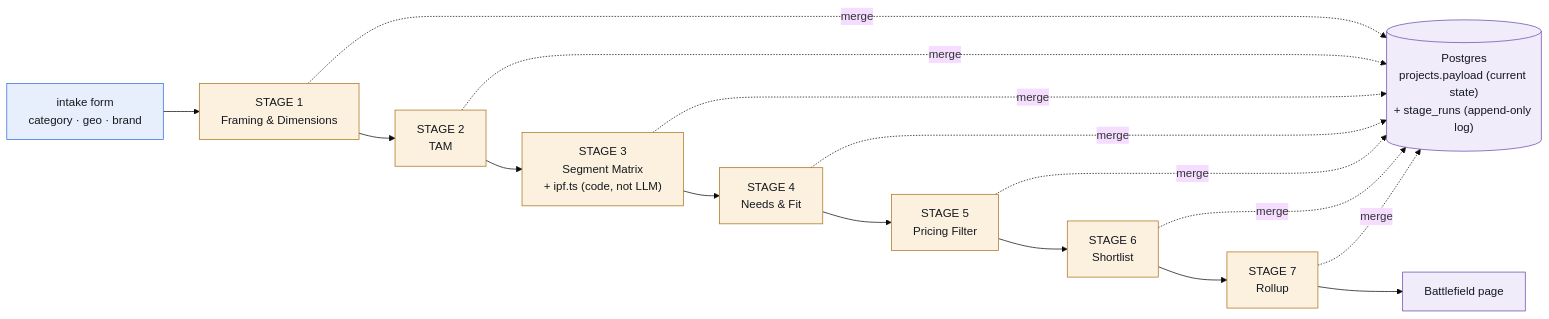
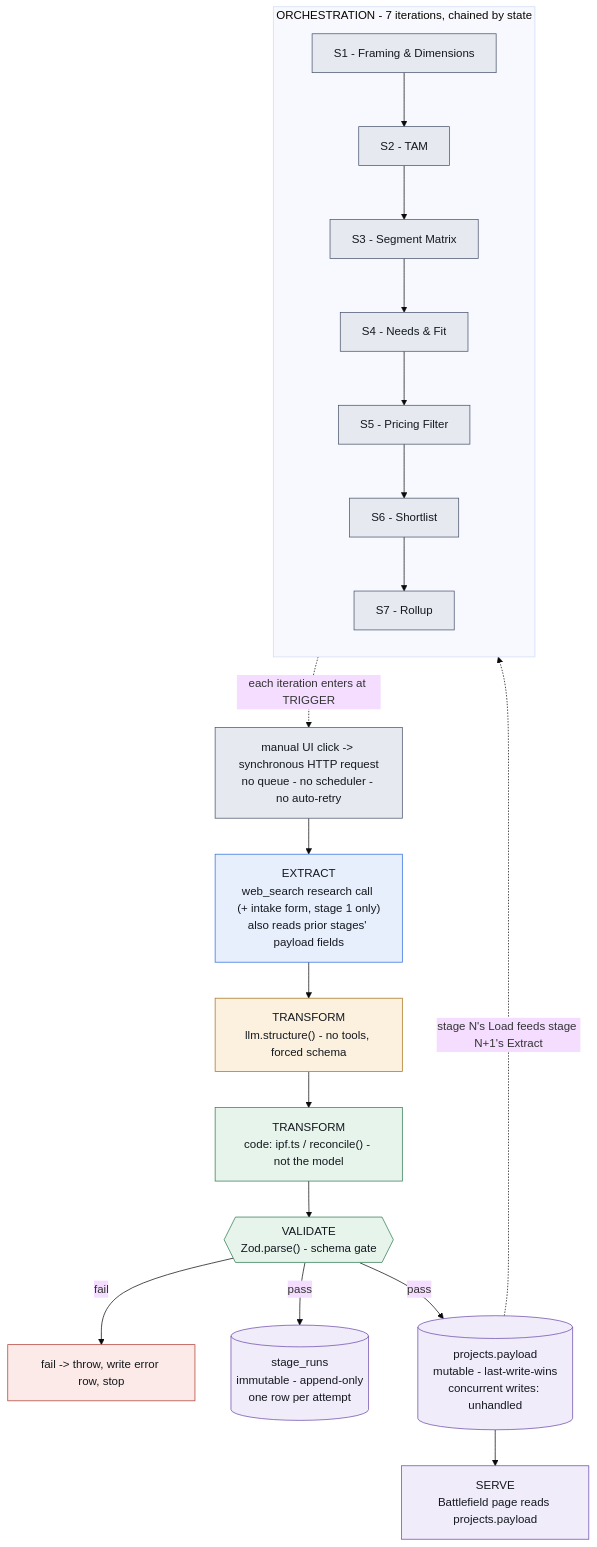
Before and after one commit to DesignProdigySG/dp-money-mountain: the first of 3 diagrams in ARCHITECTURE.md, drawn with Mermaid (base theme). The commit also changed other lines of this file, not shown here.

First line of the commit message:
Revise architecture map: layers as the real structural axis (rev. 2)

````diff
--- a/ARCHITECTURE.md
+++ b/ARCHITECTURE.md
@@ -13,29 +19,41 @@
 ```mermaid
-flowchart LR
-    intake["intake form\ncategory · geo · brand"]:::source
+flowchart TD
+    trigger["manual UI click -> synchronous HTTP request\nno queue - no scheduler - no auto-retry"]:::control
+    extract["EXTRACT\nweb_search research call (+ intake form, stage 1 only)\nalso reads prior stages' payload fields"]:::source
+    transform_llm["TRANSFORM\nllm.structure() - no tools, forced schema"]:::llm
+    transform_code["TRANSFORM\ncode: ipf.ts / reconcile() - not the model"]:::deterministic
+    validate{{"VALIDATE\nZod.parse() - schema gate"}}:::gate
+    fail["fail -> throw, write error row, stop"]:::gapnode
+    runs[("stage_runs\nimmutable - append-only\none row per attempt")]:::sink
+    payload[("projects.payload\nmutable - last-write-wins\nconcurrent writes: unhandled")]:::sink
+    serve["SERVE\nBattlefield page reads projects.payload"]:::sink
 
-    s1["STAGE 1\nFraming & Dimensions"]:::llm
-    s2["STAGE 2\nTAM"]:::llm
-    s3["STAGE 3\nSegment Matrix\n+ ipf.ts (code, not LLM)"]:::llm
-    s4["STAGE 4\nNeeds & Fit"]:::llm
-    s5["STAGE 5\nPricing Filter"]:::llm
-    s6["STAGE 6\nShortlist"]:::llm
-    s7["STAGE 7\nRollup"]:::llm
+    trigger --> extract --> transform_llm --> transform_code --> validate
+    validate -- pass --> runs
+    validate -- pass --> payload
+    validate -- fail --> fail
+    payload --> serve
 
-    pg[("Postgres\nprojects.payload (current state)\n+ stage_runs (append-only log)")]:::sink
-    bf["Battlefield page"]:::sink
+    subgraph orchestration ["ORCHESTRATION - 7 iterations, chained by state"]
+        direction TB
+        s1["S1 - Framing & Dimensions"]:::control
+        s2["S2 - TAM"]:::control
+        s3["S3 - Segment Matrix"]:::control
+        s4["S4 - Needs & Fit"]:::control
+        s5["S5 - Pricing Filter"]:::control
+        s6["S6 - Shortlist"]:::control
+        s7["S7 - Rollup"]:::control
+        s1 --> s2 --> s3 --> s4 --> s5 --> s6 --> s7
+    end
 
-    intake --> s1 --> s2 --> s3 --> s4 --> s5 --> s6 --> s7
-    s1 -.merge.-> pg
-    s2 -.merge.-> pg
-    s3 -.merge.-> pg
-    s4 -.merge.-> pg
-    s5 -.merge.-> pg
-    s6 -.merge.-> pg
-    s7 -.merge.-> pg
-    s7 --> bf
+    orchestration -. "each iteration enters at TRIGGER" .-> trigger
+    payload -. "stage N's Load feeds stage N+1's Extract" .-> orchestration
 
+    classDef control fill:#e6e9f0,stroke:#47536b,color:#14181f
     classDef source fill:#e8effc,stroke:#2d6cdf,color:#14181f
     classDef llm fill:#fbf1de,stroke:#a8721c,color:#14181f
+    classDef deterministic fill:#e7f4ec,stroke:#2f7a52,color:#14181f
+    classDef gate fill:#e7f4ec,stroke:#2f7a52,color:#14181f
     classDef sink fill:#f1ecfa,stroke:#6a49aa,color:#14181f
+    classDef gapnode fill:#fbeae8,stroke:#b03d31,color:#14181f
 ```
````
